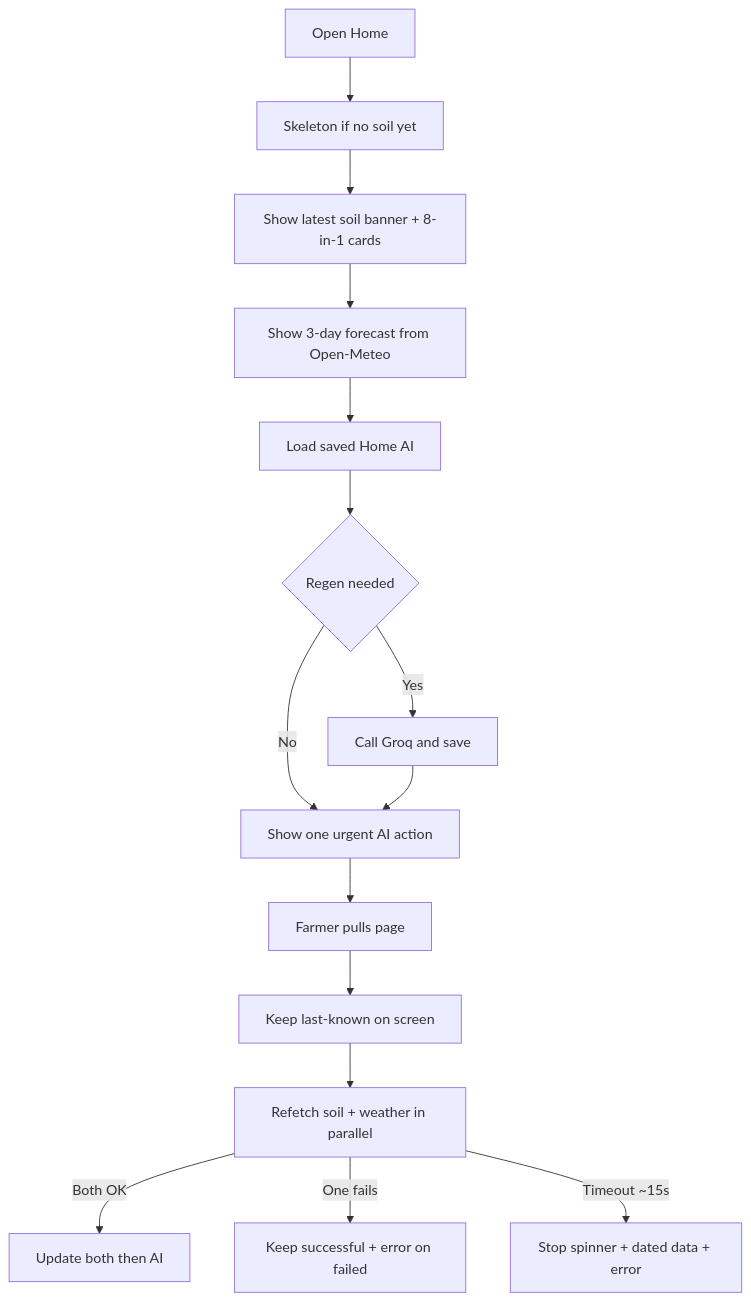
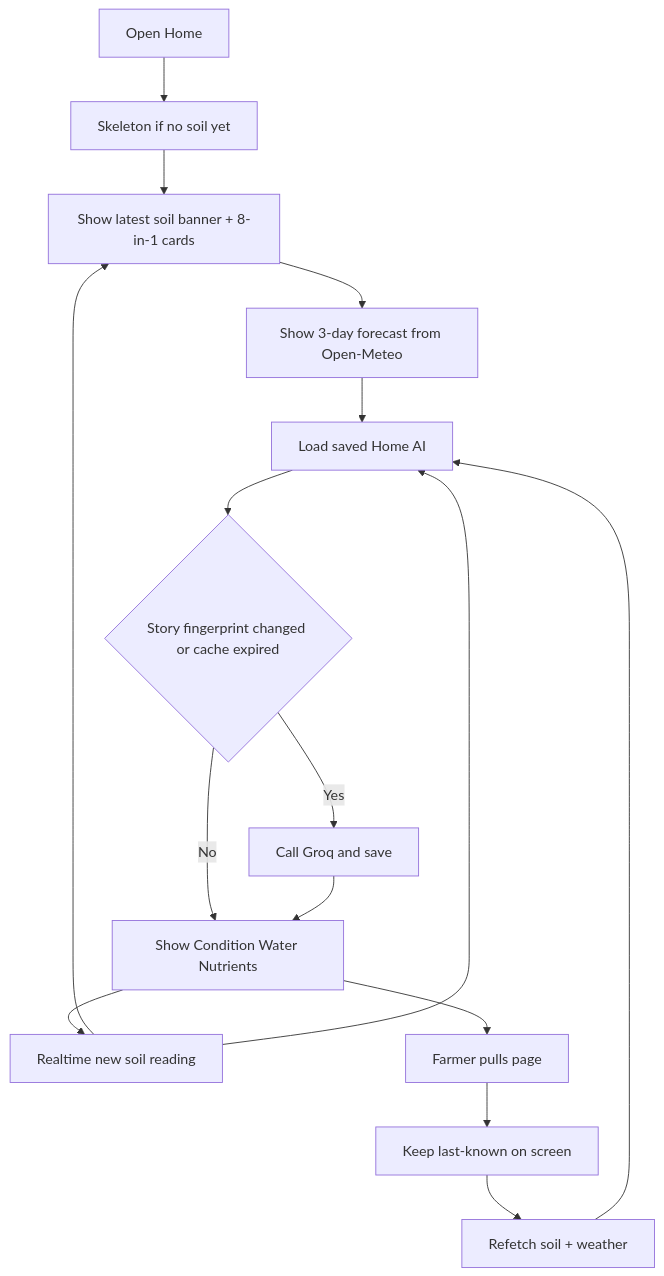
Before and after one commit to markjoelalcaraz/SoilGood: the diagram in docs/pages/home.md, drawn with Mermaid. The commit also changed other lines of this file and 43 other files, not shown here.

````diff
--- a/docs/pages/home.md
+++ b/docs/pages/home.md
@@ -61,17 +69,18 @@
 ```mermaid
 flowchart TD
   A[Open Home] --> B[Skeleton if no soil yet]
   B --> C[Show latest soil banner + 8-in-1 cards]
   C --> D[Show 3-day forecast from Open-Meteo]
   D --> E[Load saved Home AI]
-  E --> F{Regen needed}
-  F -->|No| G[Show one urgent AI action]
+  E --> F{Story fingerprint changed or cache expired}
+  F -->|No| G[Show Condition Water Nutrients]
   F -->|Yes| H[Call Groq and save]
   H --> G
+  G --> R[Realtime new soil reading]
+  R --> C
+  R --> E
   G --> I[Farmer pulls page]
   I --> J[Keep last-known on screen]
-  J --> K[Refetch soil + weather in parallel]
-  K -->|Both OK| L[Update both then AI]
-  K -->|One fails| M[Keep successful + error on failed]
-  K -->|Timeout ~15s| N[Stop spinner + dated data + error]
+  J --> K[Refetch soil + weather]
+  K --> E
 ```
````
